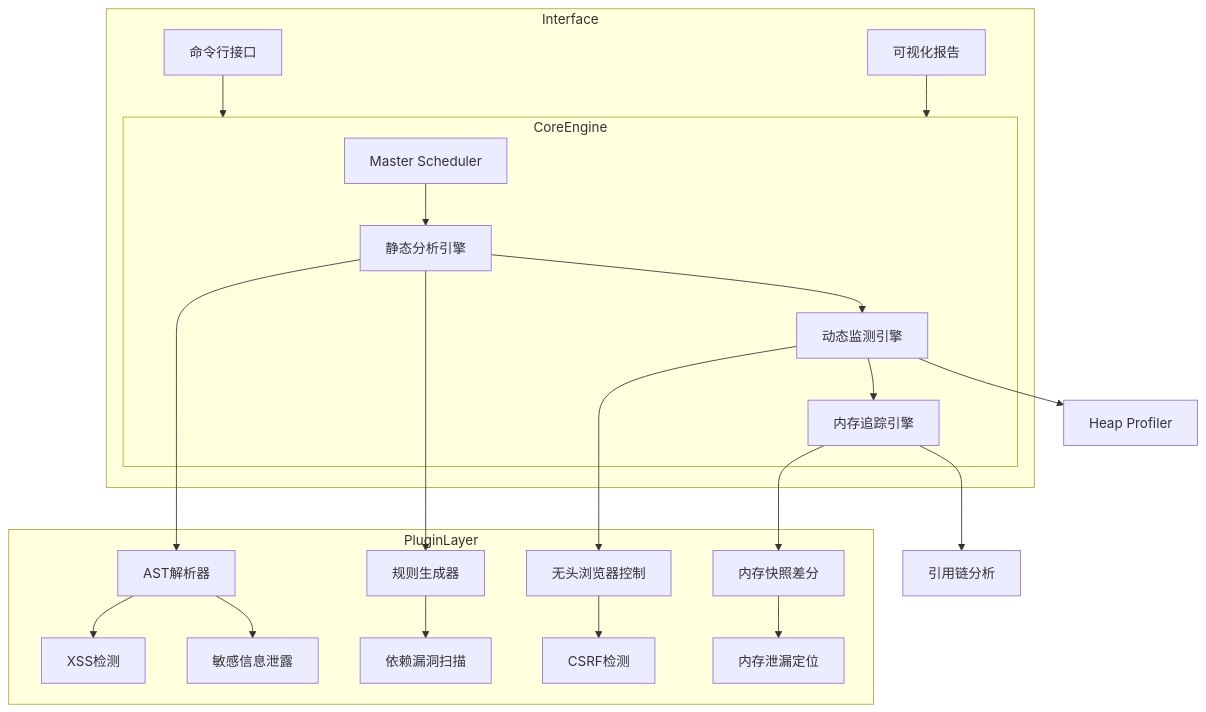
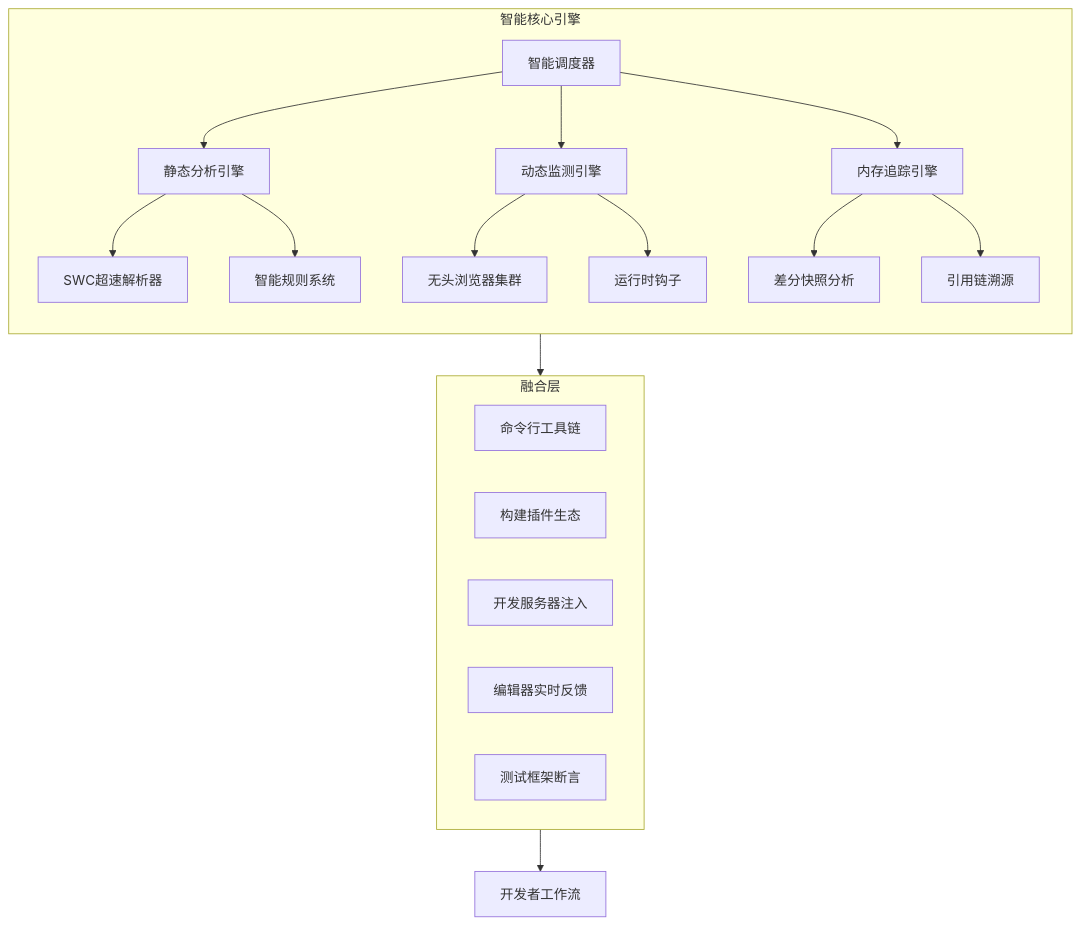
One commit to XcodeFish/SafeScan changed the second of 5 diagrams in README.md. Above: the diagram before and after it, drawn with Mermaid. The commit also changed other lines of this file, not shown here.

````diff
--- a/README.md
+++ b/README.md
@@ -9,28 +23,30 @@
 ```mermaid
 graph TB
-  subgraph CoreEngine
-    M[Master Scheduler] --> P1[静态分析引擎]
-    P1 --> P2[动态监测引擎]
-    P2 --> P3[内存追踪引擎]
+  subgraph IntelligentCore[智能核心引擎]
+    direction TB
+    Scheduler[智能调度器] --> Static[静态分析引擎]
+    Scheduler --> Dynamic[动态监测引擎]
+    Scheduler --> Memory[内存追踪引擎]
+
+    Static --> AST[SWC超速解析器]
+    Static --> Rules[智能规则系统]
+
+    Dynamic --> Headless[无头浏览器集群]
+    Dynamic --> Hooks[运行时钩子]
+
+    Memory --> Snapshots[差分快照分析]
+    Memory --> LeakPatterns[引用链溯源]
   end
 
-  P1 --> AST[AST解析器]
-  P1 --> RG[规则生成器]
-  P2 --> HS[无头浏览器控制]
-  P2 --> HP[Heap Profiler]
-  P3 --> MS[内存快照差分]
-  P3 --> RETAIN[引用链分析]
-
-  subgraph PluginLayer
-    AST --> Plugin1[XSS检测]
-    AST --> Plugin2[敏感信息泄露]
-    RG --> Plugin3[依赖漏洞扫描]
-    HS --> Plugin4[CSRF检测]
-    MS --> Plugin5[内存泄漏定位]
+  subgraph Integrations[融合层]
+    direction LR
+    CLI[命令行工具链]
+    BuildPlugins[构建插件生态]
+    DevServers[开发服务器注入]
+    IDEs[编辑器实时反馈]
+    TestFrameworks[测试框架断言]
   end
 
-  subgraph Interface
-    CLI[命令行接口] --> CoreEngine
-    WebDashboard[可视化报告] --> CoreEngine
-  end
+  IntelligentCore --> Integrations
+  Integrations --> Users[开发者工作流]
 ```
````
